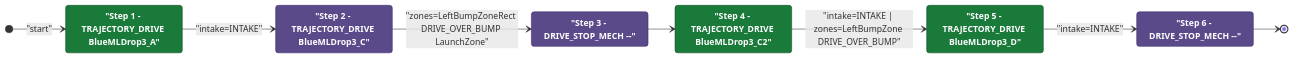
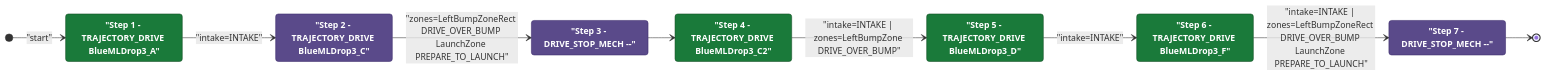
The diagram in documents/auton/BlueBDepKeep3NDepNOutScoreNCliWin.md (Team302/2026Rebuilt), drawn with Mermaid before and after one commit. The commit also changed other lines of this file and 66 other files, not shown here.

First line of the commit message:
docs(auton): regenerate Mermaid diagrams [skip ci]

````diff
--- a/documents/auton/BlueBDepKeep3NDepNOutScoreNCliWin.md
+++ b/documents/auton/BlueBDepKeep3NDepNOutScoreNCliWin.md
@@ -8,30 +8,33 @@
 ```mermaid
 stateDiagram-v2
     direction LR
 
     %% Green = intake active, Purple = intake off
     classDef intake  fill:#1a7a3a,color:#ffffff,stroke:#0d4a1f,font-weight:bold
     classDef noIntake fill:#5a4a8a,color:#ffffff,stroke:#3a2a6a,font-weight:bold
 
     Step1 : "Step 1 - TRAJECTORY_DRIVE BlueMLDrop3_A"
     Step2 : "Step 2 - TRAJECTORY_DRIVE BlueMLDrop3_C"
     Step3 : "Step 3 - DRIVE_STOP_MECH --"
     Step4 : "Step 4 - TRAJECTORY_DRIVE BlueMLDrop3_C2"
     Step5 : "Step 5 - TRAJECTORY_DRIVE BlueMLDrop3_D"
-    Step6 : "Step 6 - DRIVE_STOP_MECH --"
+    Step6 : "Step 6 - TRAJECTORY_DRIVE BlueMLDrop3_F"
+    Step7 : "Step 7 - DRIVE_STOP_MECH --"
 
     class Step1 intake
     class Step2 noIntake
     class Step3 noIntake
     class Step4 intake
     class Step5 intake
-    class Step6 noIntake
+    class Step6 intake
+    class Step7 noIntake
 
     [*] --> Step1 : "start"
     Step1 --> Step2: "intake=INTAKE"
-    Step2 --> Step3: "zones=LeftBumpZoneRect DRIVE_OVER_BUMP LaunchZone"
+    Step2 --> Step3: "zones=LeftBumpZoneRect DRIVE_OVER_BUMP LaunchZone PREPARE_TO_LAUNCH"
     Step3 --> Step4
     Step4 --> Step5: "intake=INTAKE | zones=LeftBumpZone DRIVE_OVER_BUMP"
     Step5 --> Step6: "intake=INTAKE"
-    Step6 --> [*]
+    Step6 --> Step7: "intake=INTAKE | zones=LeftBumpZoneRect DRIVE_OVER_BUMP LaunchZone PREPARE_TO_LAUNCH"
+    Step7 --> [*]
 ```
````
